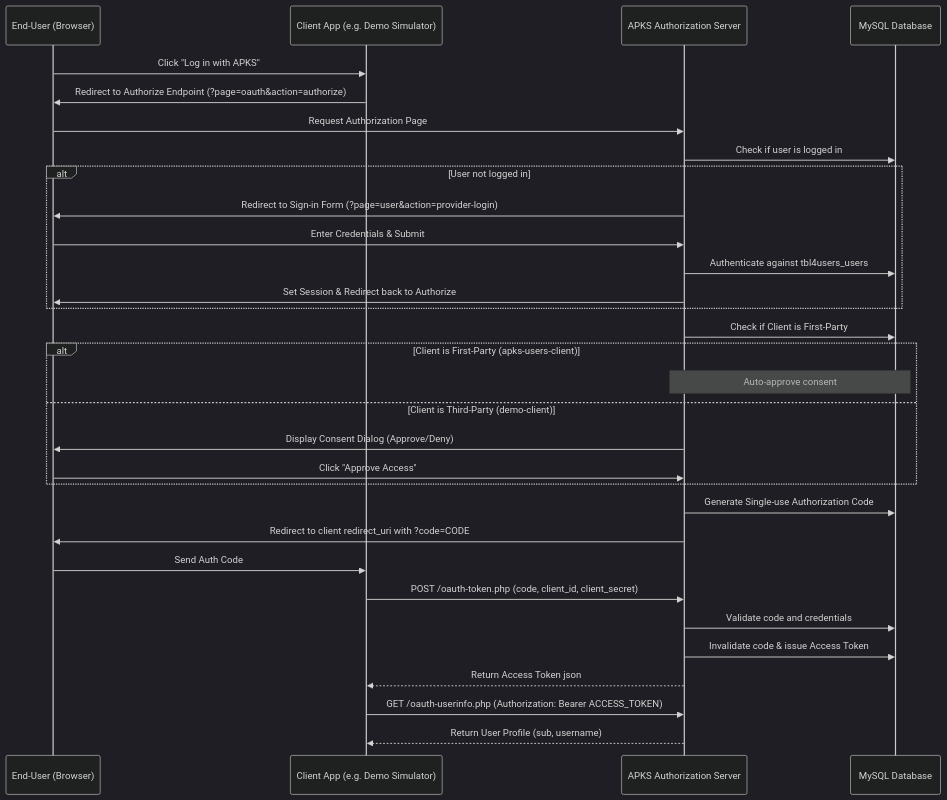
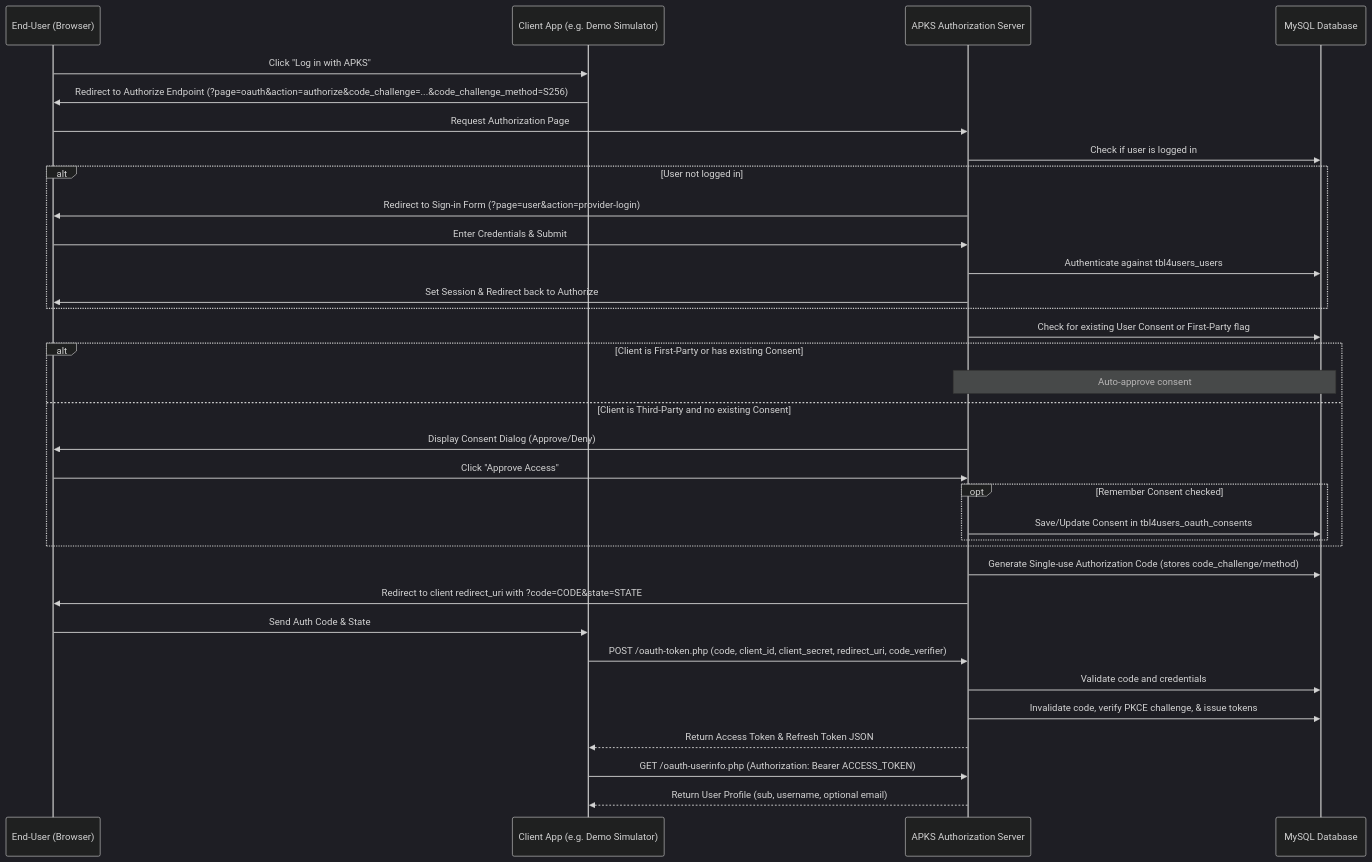
The diagram in OAUTH_DOCUMENTATION.md (psuwan-apks/apks-users), drawn with Mermaid (dark theme) before and after one commit. The commit also changed other lines of this file and 9 other files, not shown here.

Commit message:
feat: upgrade OAuth provider to OIDC standards with PKCE, refresh token support, and user consent tracking

````diff
--- a/OAUTH_DOCUMENTATION.md
+++ b/OAUTH_DOCUMENTATION.md
@@ -11,36 +11,39 @@
 ```mermaid
 sequenceDiagram
     participant User as End-User (Browser)
     participant Client as Client App (e.g. Demo Simulator)
     participant Auth as APKS Authorization Server
     participant DB as MySQL Database
 
     User->>Client: Click "Log in with APKS"
-    Client->>User: Redirect to Authorize Endpoint (?page=oauth&action=authorize)
+    Client->>User: Redirect to Authorize Endpoint (?page=oauth&action=authorize&code_challenge=...&code_challenge_method=S256)
     User->>Auth: Request Authorization Page
     Auth->>DB: Check if user is logged in
     alt User not logged in
         Auth->>User: Redirect to Sign-in Form (?page=user&action=provider-login)
         User->>Auth: Enter Credentials & Submit
         Auth->>DB: Authenticate against tbl4users_users
         Auth->>User: Set Session & Redirect back to Authorize
     end
     
-    Auth->>DB: Check if Client is First-Party
-    alt Client is First-Party (apks-users-client)
+    Auth->>DB: Check for existing User Consent or First-Party flag
+    alt Client is First-Party or has existing Consent
         Note over Auth,DB: Auto-approve consent
-    else Client is Third-Party (demo-client)
+    else Client is Third-Party and no existing Consent
         Auth->>User: Display Consent Dialog (Approve/Deny)
         User->>Auth: Click "Approve Access"
+        opt Remember Consent checked
+            Auth->>DB: Save/Update Consent in tbl4users_oauth_consents
+        end
     end
     
-    Auth->>DB: Generate Single-use Authorization Code
-    Auth->>User: Redirect to client redirect_uri with ?code=CODE
-    User->>Client: Send Auth Code
-    Client->>Auth: POST /oauth-token.php (code, client_id, client_secret)
+    Auth->>DB: Generate Single-use Authorization Code (stores code_challenge/method)
+    Auth->>User: Redirect to client redirect_uri with ?code=CODE&state=STATE
+    User->>Client: Send Auth Code & State
+    Client->>Auth: POST /oauth-token.php (code, client_id, client_secret, redirect_uri, code_verifier)
     Auth->>DB: Validate code and credentials
-    Auth->>DB: Invalidate code & issue Access Token
-    Auth-->>Client: Return Access Token json
+    Auth->>DB: Invalidate code, verify PKCE challenge, & issue tokens
+    Auth-->>Client: Return Access Token & Refresh Token JSON
     Client->>Auth: GET /oauth-userinfo.php (Authorization: Bearer ACCESS_TOKEN)
-    Auth-->>Client: Return User Profile (sub, username)
+    Auth-->>Client: Return User Profile (sub, username, optional email)
 ```
````
